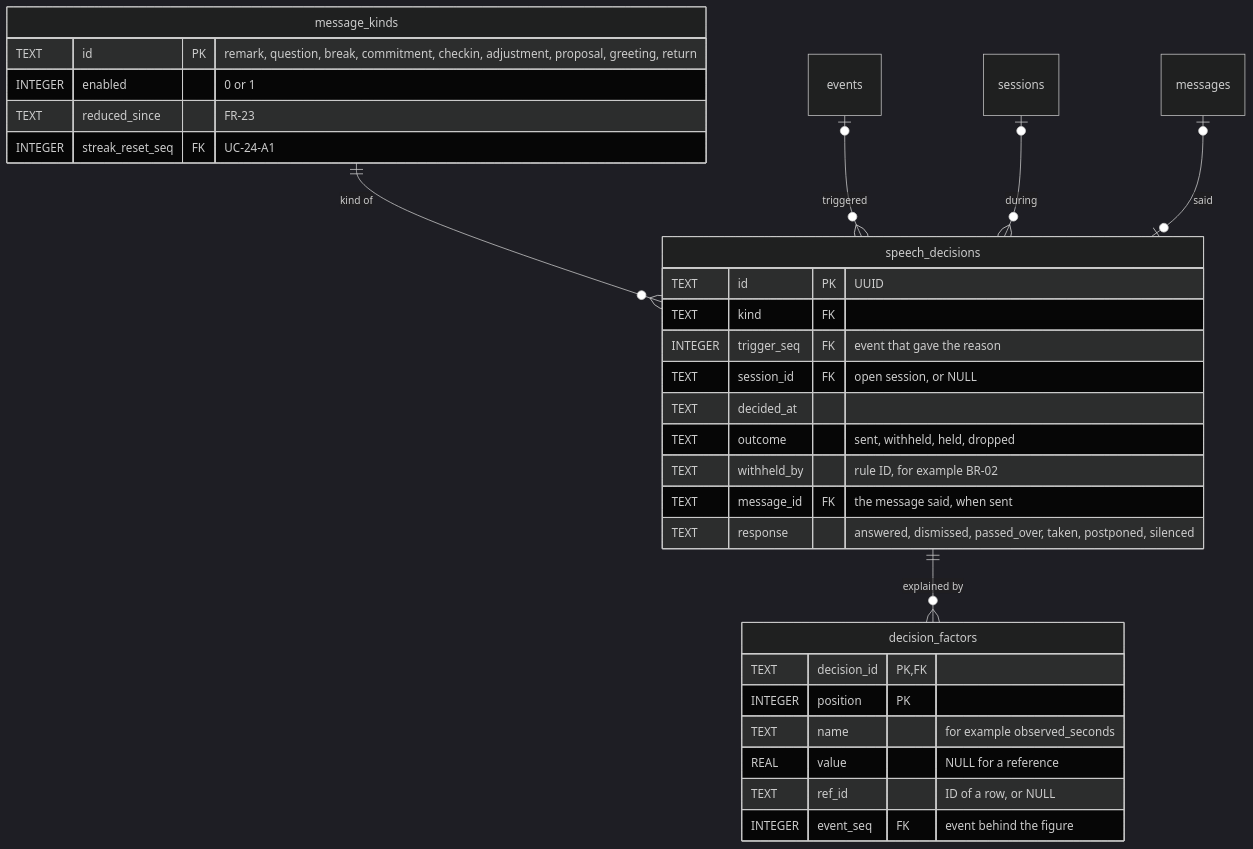
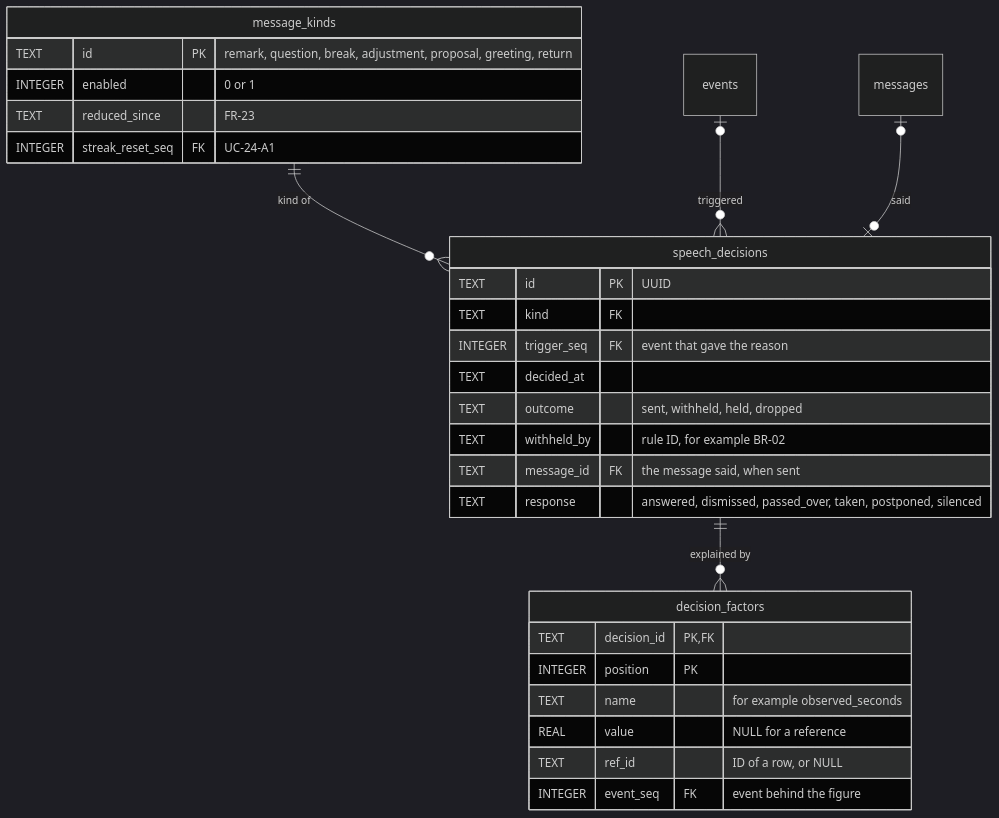
One commit to NguyenVu04/cognia changed the ninth of 10 diagrams in docs/ERD.md. Above: the diagram before and after it, drawn with Mermaid (dark theme). The commit also changed other lines of this file and 83 other files, not shown here.

````diff
--- a/docs/ERD.md
+++ b/docs/ERD.md
@@ -823,33 +721,31 @@
 ```mermaid
 erDiagram
     message_kinds {
-        TEXT id PK "remark, question, break, commitment, checkin, adjustment, proposal, greeting, return"
+        TEXT id PK "remark, question, break, adjustment, proposal, greeting, return"
         INTEGER enabled "0 or 1"
         TEXT reduced_since "FR-23"
         INTEGER streak_reset_seq FK "UC-24-A1"
     }
     speech_decisions {
         TEXT id PK "UUID"
         TEXT kind FK
         INTEGER trigger_seq FK "event that gave the reason"
-        TEXT session_id FK "open session, or NULL"
         TEXT decided_at
         TEXT outcome "sent, withheld, held, dropped"
         TEXT withheld_by "rule ID, for example BR-02"
         TEXT message_id FK "the message said, when sent"
         TEXT response "answered, dismissed, passed_over, taken, postponed, silenced"
     }
     decision_factors {
         TEXT decision_id PK, FK
         INTEGER position PK
         TEXT name "for example observed_seconds"
         REAL value "NULL for a reference"
         TEXT ref_id "ID of a row, or NULL"
         INTEGER event_seq FK "event behind the figure"
     }
     message_kinds ||--o{ speech_decisions : "kind of"
     events |o--o{ speech_decisions : "triggered"
-    sessions |o--o{ speech_decisions : "during"
     messages |o--o| speech_decisions : "said"
     speech_decisions ||--o{ decision_factors : "explained by"
 ```
````
